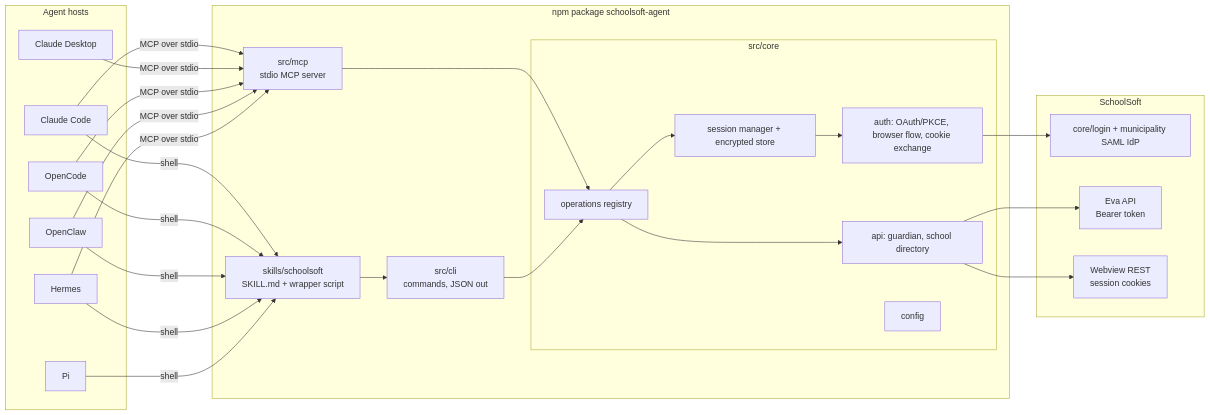
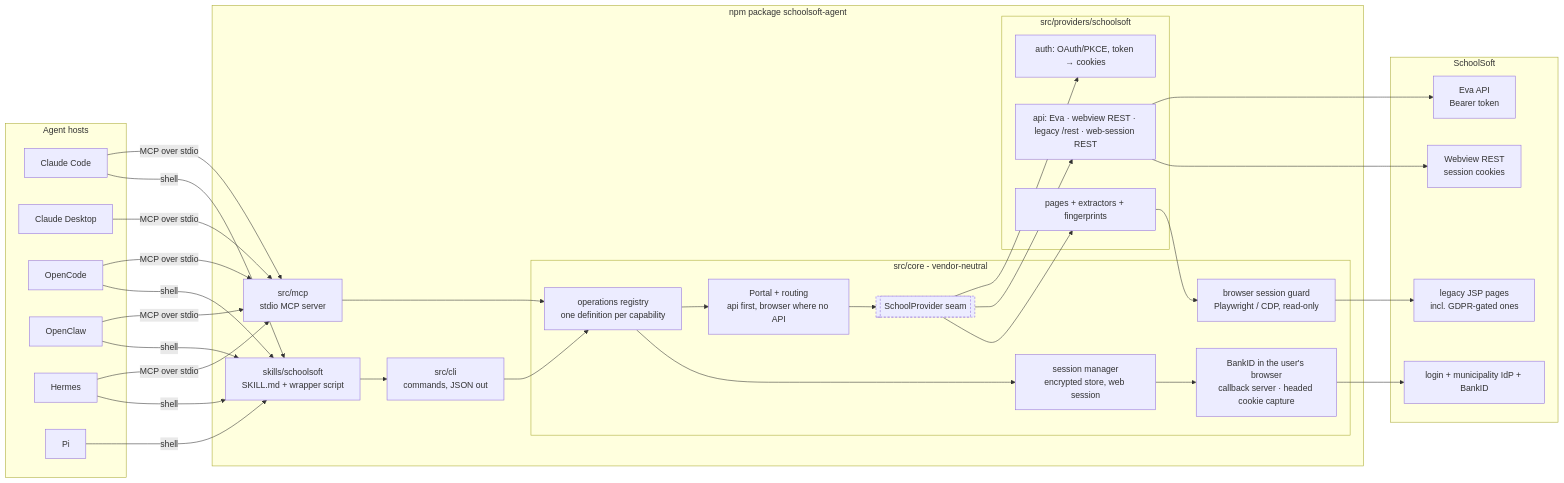
Before and after one commit to grimen/schoolsoft-agent: the diagram in docs/diagrams/src/system-overview.mmd, drawn with Mermaid. The commit also changed 11 other files, not shown here.

First line of the commit message:
docs: diagrams follow the provider seam; web-page data and shapes in the API notes

```diff
--- a/docs/diagrams/src/system-overview.mmd
+++ b/docs/diagrams/src/system-overview.mmd
@@ -1,32 +1,44 @@
 flowchart LR
   subgraph hosts[Agent hosts]
     CC[Claude Code]
     CD[Claude Desktop]
     OC[OpenCode]
     OW[OpenClaw]
     HA[Hermes]
     PI[Pi]
   end
   subgraph pkg[npm package schoolsoft-agent]
     MCP[src/mcp<br/>stdio MCP server]
     CLI[src/cli<br/>commands, JSON out]
     SK[skills/schoolsoft<br/>SKILL.md + wrapper script]
-    subgraph core[src/core]
-      REG[operations registry]
-      SES[session manager + encrypted store]
-      AUTH[auth: OAuth/PKCE, browser flow, cookie exchange]
-      API[api: guardian, school directory]
-      CFG[config]
+    subgraph core[src/core - vendor-neutral]
+      REG[operations registry<br/>one definition per capability]
+      PORTAL[Portal + routing<br/>api first, browser where no API]
+      SES[session manager<br/>encrypted store, web session]
+      BANKID[BankID in the user's browser<br/>callback server · headed cookie capture]
+      BROWSER[browser session guard<br/>Playwright / CDP, read-only]
+      PROVIF[[SchoolProvider seam]]
+    end
+    subgraph prov[src/providers/schoolsoft]
+      SAUTH[auth: OAuth/PKCE, token → cookies]
+      SAPI[api: Eva · webview REST · legacy /rest · web-session REST]
+      SPAGES[pages + extractors + fingerprints]
     end
   end
   subgraph ss[SchoolSoft]
-    LOGIN[core/login + municipality SAML IdP]
+    LOGIN[login + municipality IdP + BankID]
     EVA[Eva API<br/>Bearer token]
-    WEB[Webview REST<br/>session cookies]
+    WEBAPI[Webview REST<br/>session cookies]
+    JSP[legacy JSP pages<br/>incl. GDPR-gated ones]
   end
   CC & CD & OC & OW & HA -->|MCP over stdio| MCP
   CC & OC & OW & HA & PI -->|shell| SK --> CLI
   MCP --> REG
   CLI --> REG
-  REG --> SES --> AUTH --> LOGIN
-  REG --> API --> EVA & WEB
+  REG --> PORTAL --> PROVIF
+  REG --> SES --> BANKID --> LOGIN
+  PROVIF --> SAUTH & SAPI & SPAGES
+  SAPI --> EVA & WEBAPI
+  SPAGES --> BROWSER --> JSP
+  classDef seam stroke-dasharray: 4 3
+  class PROVIF seam
```
